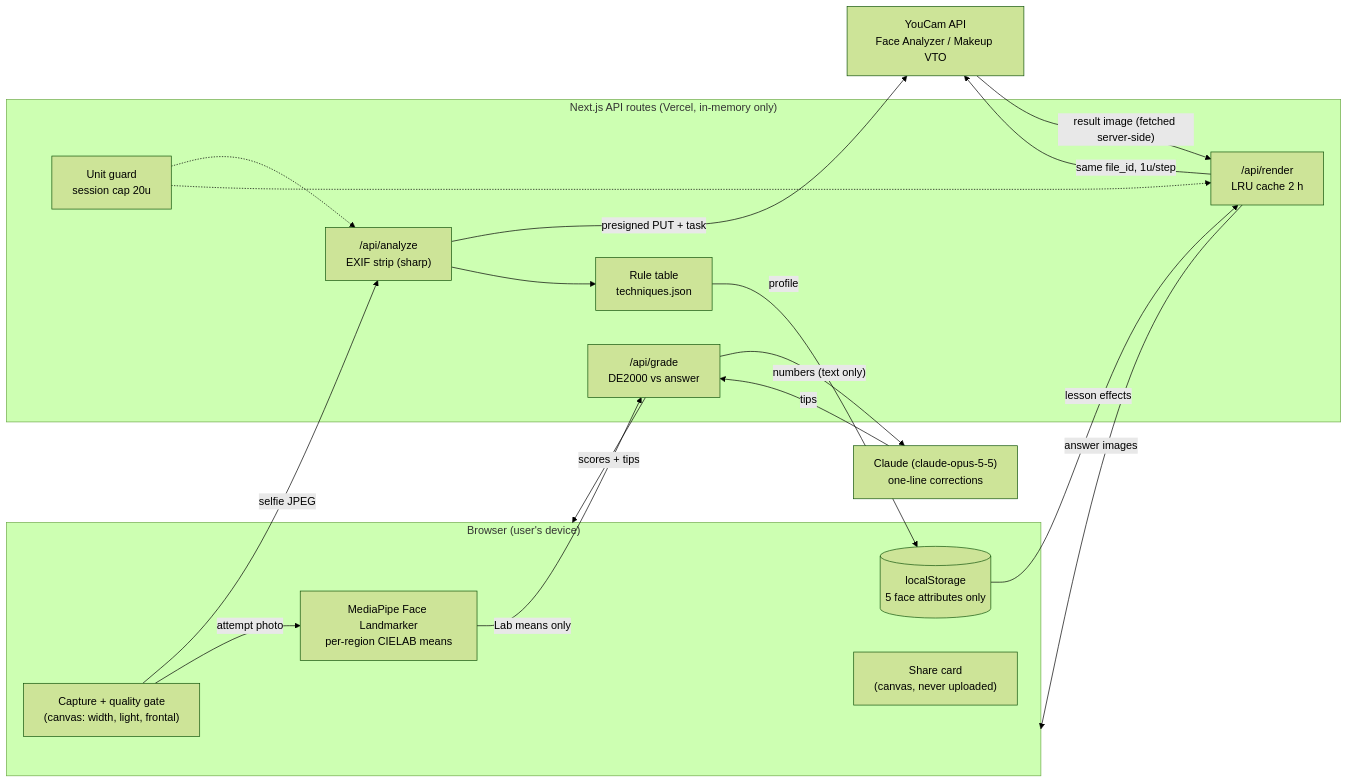
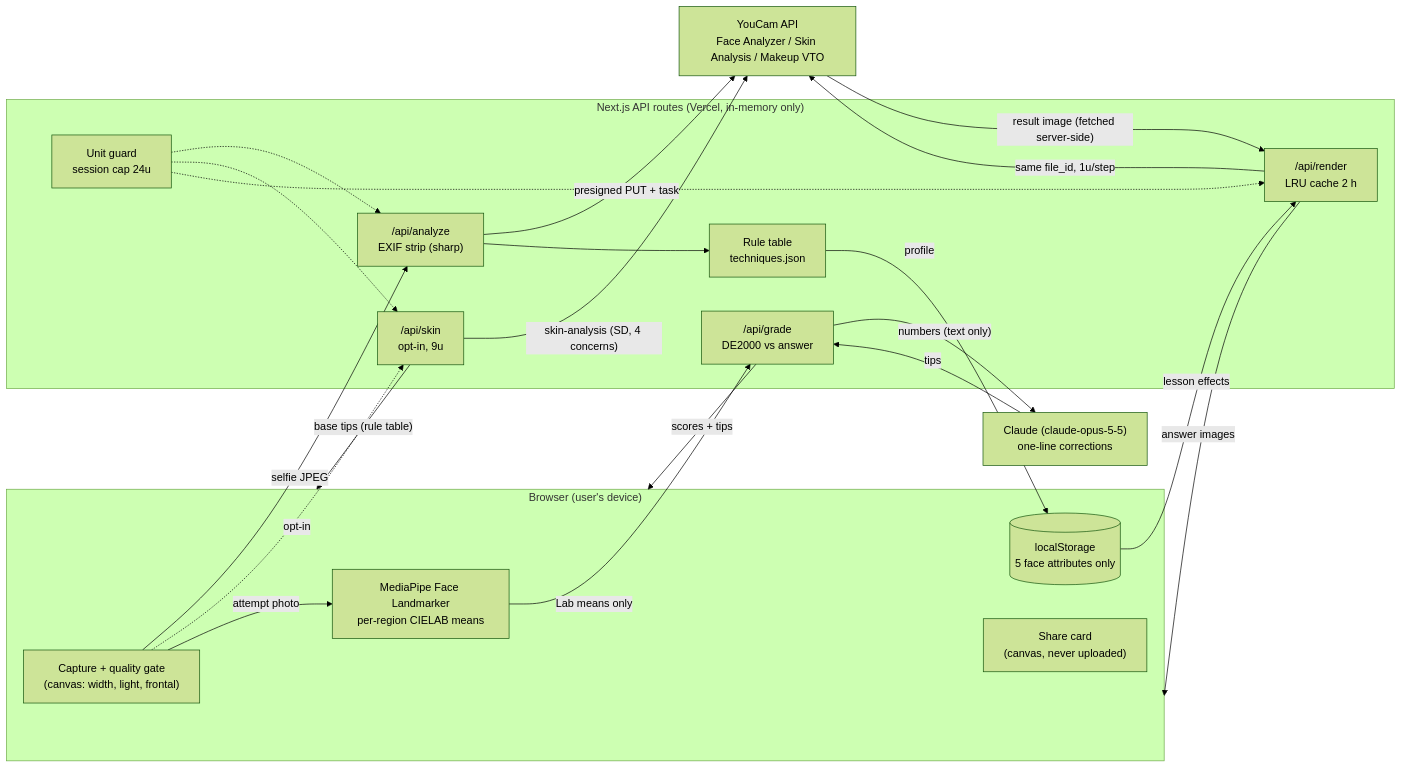
Before and after one commit to sh0sub/mirror-tutor: the diagram in README.md, drawn with Mermaid (forest theme). The commit also changed other lines of this file and 32 other files, not shown here.

Commit message:
C24: opt-in Skin check (YouCam Skin Analysis SD, 9u) with base rule table, English-first verified, /analyze key tags hidden, /partner hero + accordions

````diff
--- a/README.md
+++ b/README.md
@@ -75,34 +77,39 @@
 ```mermaid
 flowchart LR
   subgraph Device["Browser (user's device)"]
     CAP["Capture + quality gate\n(canvas: width, light, frontal)"]
     MP["MediaPipe Face Landmarker\nper-region CIELAB means"]
     LS[("localStorage\n5 face attributes only")]
     CARD["Share card\n(canvas, never uploaded)"]
   end
   subgraph Next["Next.js API routes (Vercel, in-memory only)"]
     AN["/api/analyze\nEXIF strip (sharp)"]
+    SK["/api/skin\nopt-in, 9u"]
     RN["/api/render\nLRU cache 2 h"]
     GR["/api/grade\nDE2000 vs answer"]
-    UG["Unit guard\nsession cap 20u"]
+    UG["Unit guard\nsession cap 24u"]
     RULES["Rule table\ntechniques.json"]
   end
-  YC["YouCam API\nFace Analyzer / Makeup VTO"]
+  YC["YouCam API\nFace Analyzer / Skin Analysis / Makeup VTO"]
   CL["Claude (claude-opus-5-5)\none-line corrections"]
 
   CAP -- "selfie JPEG" --> AN
   AN -- "presigned PUT + task" --> YC
   AN --> RULES
+  CAP -. "opt-in" .-> SK
+  SK -- "skin-analysis (SD, 4 concerns)" --> YC
+  SK -- "base tips (rule table)" --> Device
   RULES -- "profile" --> LS
   LS -- "lesson effects" --> RN
   RN -- "same file_id, 1u/step" --> YC
   YC -- "result image (fetched server-side)" --> RN
   RN -- "answer images" --> Device
   UG -.-> AN
+  UG -.-> SK
   UG -.-> RN
   CAP -- "attempt photo" --> MP
   MP -- "Lab means only" --> GR
   GR -- "numbers (text only)" --> CL
   CL -- "tips" --> GR
   GR -- "scores + tips" --> Device
 ```
````
